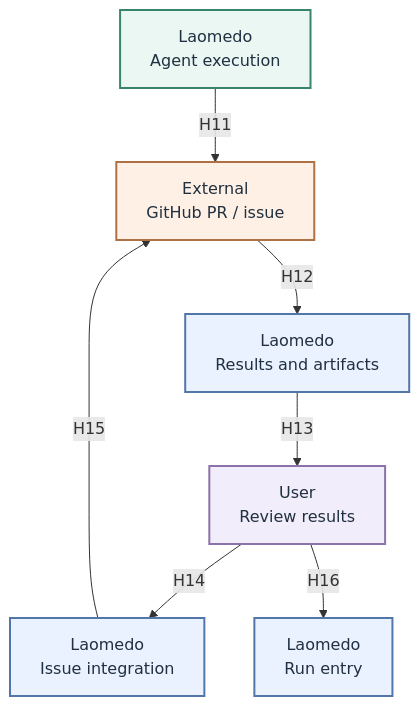
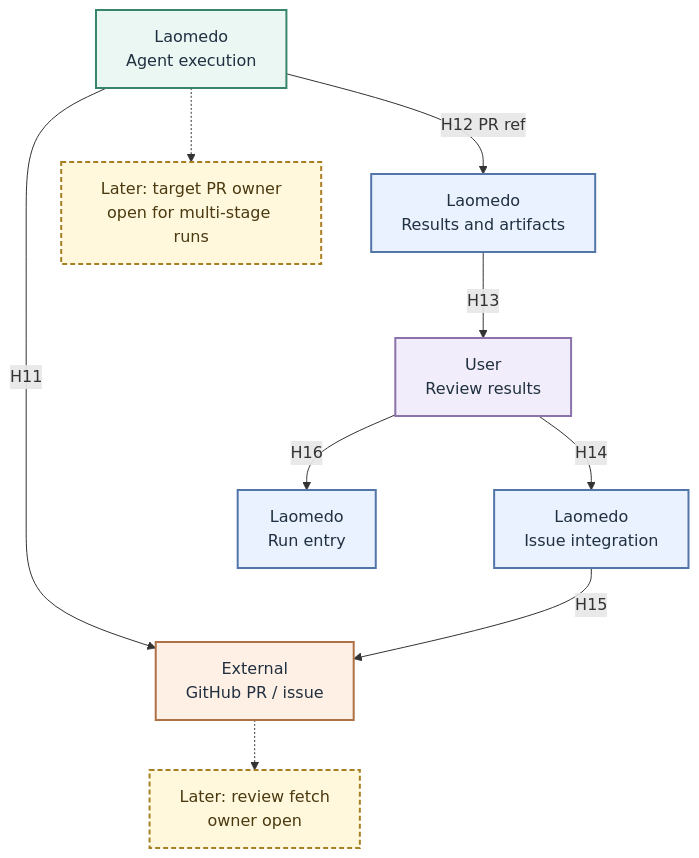
The diagram in projects/laomedo/architecture/subsystem-handoffs-followup.mmd (amadou-6e/specs), drawn with Mermaid before and after one commit. The commit also changed 3 other files, not shown here.

Commit message:
docs(laomedo): expose graph ownership and first-slice gates

```diff
--- a/projects/laomedo/architecture/subsystem-handoffs-followup.mmd
+++ b/projects/laomedo/architecture/subsystem-handoffs-followup.mmd
@@ -1,23 +1,29 @@
 flowchart TB
   AGENT["Laomedo<br/>Agent execution"]
   RESULTS["Laomedo<br/>Results and artifacts"]
   GITHUB["External<br/>GitHub PR / issue"]
+  PR_OWNER["Later: target PR owner<br/>open for multi-stage runs"]
+  REVIEW_FETCH["Later: review fetch<br/>owner open"]
   REVIEW["User<br/>Review results"]
   ISSUES["Laomedo<br/>Issue integration"]
   ENTRY["Laomedo<br/>Run entry"]
 
   AGENT -->|H11| GITHUB
-  GITHUB -->|H12| RESULTS
+  AGENT -.-> PR_OWNER
+  AGENT -->|H12 PR ref| RESULTS
+  GITHUB -.-> REVIEW_FETCH
   RESULTS -->|H13| REVIEW
   REVIEW -->|H14| ISSUES
   ISSUES -->|H15| GITHUB
   REVIEW -->|H16| ENTRY
 
   classDef proposed fill:#eaf1ff,stroke:#5376a9,color:#203040,stroke-width:2px
   classDef existing fill:#eaf7f3,stroke:#39856c,color:#203040,stroke-width:2px
   classDef external fill:#fff0e5,stroke:#ad7145,color:#203040,stroke-width:2px
   classDef user fill:#f2edfa,stroke:#8b72aa,color:#203040,stroke-width:2px
   class RESULTS,ISSUES,ENTRY proposed
   class AGENT existing
   class GITHUB external
   class REVIEW user
+  classDef unresolved fill:#fff8dd,stroke:#a78024,color:#4b3910,stroke-width:2px,stroke-dasharray:5 3
+  class PR_OWNER,REVIEW_FETCH unresolved
```
